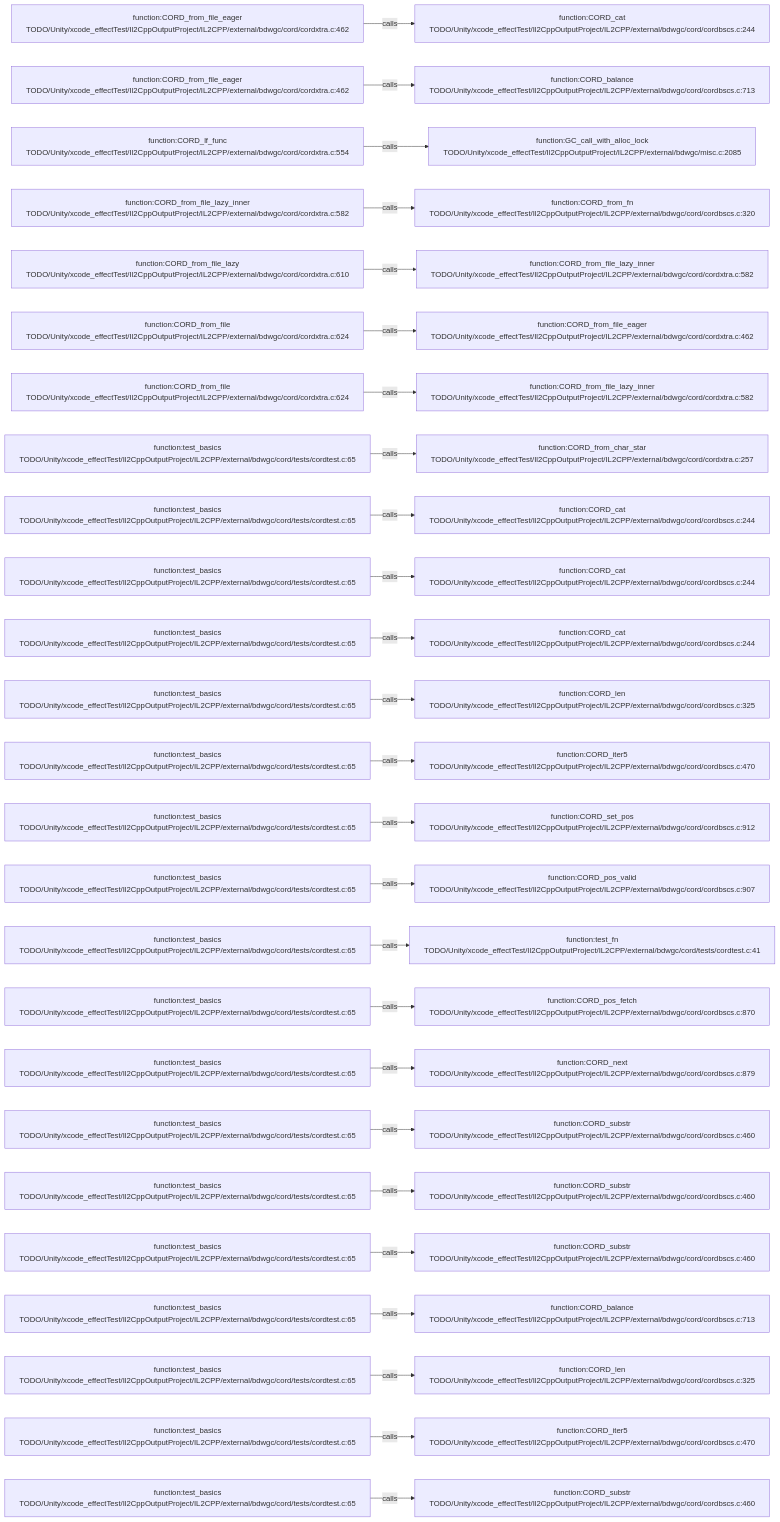
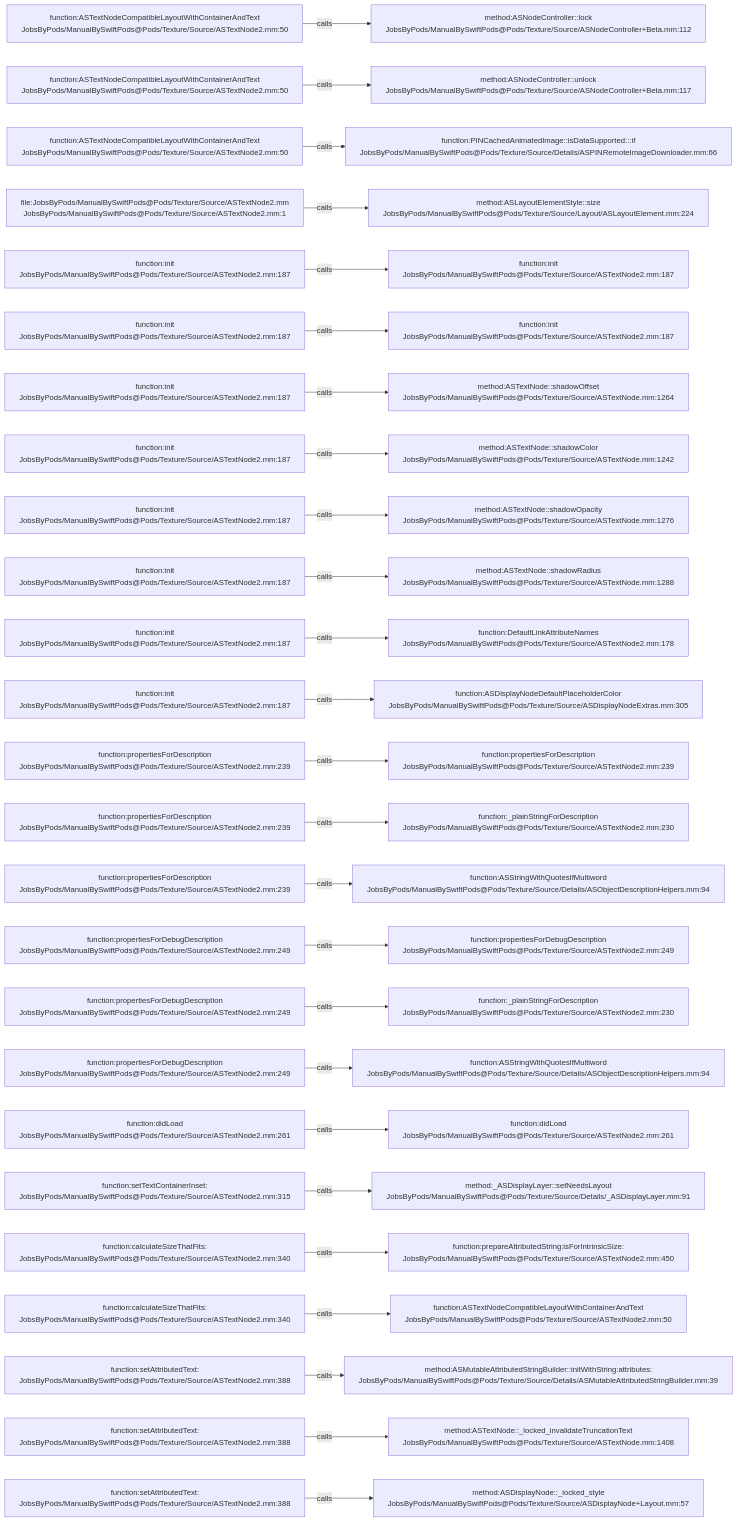
One commit to JobsKits/JobsSwiftBaseConfigDemo changed the diagram in .codegraph/codegraph.md/graphs/calls-089.md. Above: the diagram before and after it, drawn with Mermaid. The commit also changed 2959 other files, not shown here.

````diff
--- a/.codegraph/codegraph.md/graphs/calls-089.md
+++ b/.codegraph/codegraph.md/graphs/calls-089.md
@@ -13,78 +13,78 @@
 ```mermaid
 flowchart LR
-  S1["function:CORD_from_file_eager<br/>TODO/Unity/xcode_effectTest/Il2CppOutputProject/IL2CPP/external/bdwgc/cord/cordxtra.c:462"]
-  T1["function:CORD_cat<br/>TODO/Unity/xcode_effectTest/Il2CppOutputProject/IL2CPP/external/bdwgc/cord/cordbscs.c:244"]
+  S1["function:ASTextNodeCompatibleLayoutWithContainerAndText<br/>JobsByPods/ManualBySwiftPods@Pods/Texture/Source/ASTextNode2.mm:50"]
+  T1["method:ASNodeController::lock<br/>JobsByPods/ManualBySwiftPods@Pods/Texture/Source/ASNodeController+Beta.mm:112"]
   S1 -->|calls| T1
-  S2["function:CORD_from_file_eager<br/>TODO/Unity/xcode_effectTest/Il2CppOutputProject/IL2CPP/external/bdwgc/cord/cordxtra.c:462"]
-  T2["function:CORD_balance<br/>TODO/Unity/xcode_effectTest/Il2CppOutputProject/IL2CPP/external/bdwgc/cord/cordbscs.c:713"]
+  S2["function:ASTextNodeCompatibleLayoutWithContainerAndText<br/>JobsByPods/ManualBySwiftPods@Pods/Texture/Source/ASTextNode2.mm:50"]
+  T2["method:ASNodeController::unlock<br/>JobsByPods/ManualBySwiftPods@Pods/Texture/Source/ASNodeController+Beta.mm:117"]
   S2 -->|calls| T2
-  S3["function:CORD_lf_func<br/>TODO/Unity/xcode_effectTest/Il2CppOutputProject/IL2CPP/external/bdwgc/cord/cordxtra.c:554"]
-  T3["function:GC_call_with_alloc_lock<br/>TODO/Unity/xcode_effectTest/Il2CppOutputProject/IL2CPP/external/bdwgc/misc.c:2085"]
+  S3["function:ASTextNodeCompatibleLayoutWithContainerAndText<br/>JobsByPods/ManualBySwiftPods@Pods/Texture/Source/ASTextNode2.mm:50"]
+  T3["function:PINCachedAnimatedImage::isDataSupported:::if<br/>JobsByPods/ManualBySwiftPods@Pods/Texture/Source/Details/ASPINRemoteImageDownloader.mm:66"]
   S3 -->|calls| T3
-  S4["function:CORD_from_file_lazy_inner<br/>TODO/Unity/xcode_effectTest/Il2CppOutputProject/IL2CPP/external/bdwgc/cord/cordxtra.c:582"]
-  T4["function:CORD_from_fn<br/>TODO/Unity/xcode_effectTest/Il2CppOutputProject/IL2CPP/external/bdwgc/cord/cordbscs.c:320"]
+  S4["file:JobsByPods/ManualBySwiftPods@Pods/Texture/Source/ASTextNode2.mm<br/>JobsByPods/ManualBySwiftPods@Pods/Texture/Source/ASTextNode2.mm:1"]
+  T4["method:ASLayoutElementStyle::size<br/>JobsByPods/ManualBySwiftPods@Pods/Texture/Source/Layout/ASLayoutElement.mm:224"]
   S4 -->|calls| T4
-  S5["function:CORD_from_file_lazy<br/>TODO/Unity/xcode_effectTest/Il2CppOutputProject/IL2CPP/external/bdwgc/cord/cordxtra.c:610"]
-  T5["function:CORD_from_file_lazy_inner<br/>TODO/Unity/xcode_effectTest/Il2CppOutputProject/IL2CPP/external/bdwgc/cord/cordxtra.c:582"]
+  S5["function:init<br/>JobsByPods/ManualBySwiftPods@Pods/Texture/Source/ASTextNode2.mm:187"]
+  T5["function:init<br/>JobsByPods/ManualBySwiftPods@Pods/Texture/Source/ASTextNode2.mm:187"]
   S5 -->|calls| T5
-  S6["function:CORD_from_file<br/>TODO/Unity/xcode_effectTest/Il2CppOutputProject/IL2CPP/external/bdwgc/cord/cordxtra.c:624"]
-  T6["function:CORD_from_file_eager<br/>TODO/Unity/xcode_effectTest/Il2CppOutputProject/IL2CPP/external/bdwgc/cord/cordxtra.c:462"]
+  S6["function:init<br/>JobsByPods/ManualBySwiftPods@Pods/Texture/Source/ASTextNode2.mm:187"]
+  T6["function:init<br/>JobsByPods/ManualBySwiftPods@Pods/Texture/Source/ASTextNode2.mm:187"]
   S6 -->|calls| T6
-  S7["function:CORD_from_file<br/>TODO/Unity/xcode_effectTest/Il2CppOutputProject/IL2CPP/external/bdwgc/cord/cordxtra.c:624"]
-  T7["function:CORD_from_file_lazy_inner<br/>TODO/Unity/xcode_effectTest/Il2CppOutputProject/IL2CPP/external/bdwgc/cord/cordxtra.c:582"]
+  S7["function:init<br/>JobsByPods/ManualBySwiftPods@Pods/Texture/Source/ASTextNode2.mm:187"]
+  T7["method:ASTextNode::shadowOffset<br/>JobsByPods/ManualBySwiftPods@Pods/Texture/Source/ASTextNode.mm:1264"]
   S7 -->|calls| T7
-  S8["function:test_basics<br/>TODO/Unity/xcode_effectTest/Il2CppOutputProject/IL2CPP/external/bdwgc/cord/tests/cordtest.c:65"]
-  T8["function:CORD_from_char_star<br/>TODO/Unity/xcode_effectTest/Il2CppOutputProject/IL2CPP/external/bdwgc/cord/cordxtra.c:257"]
+  S8["function:init<br/>JobsByPods/ManualBySwiftPods@Pods/Texture/Source/ASTextNode2.mm:187"]
+  T8["method:ASTextNode::shadowColor<br/>JobsByPods/ManualBySwiftPods@Pods/Texture/Source/ASTextNode.mm:1242"]
   S8 -->|calls| T8
-  S9["function:test_basics<br/>TODO/Unity/xcode_effectTest/Il2CppOutputProject/IL2CPP/external/bdwgc/cord/tests/cordtest.c:65"]
-  T9["function:CORD_cat<br/>TODO/Unity/xcode_effectTest/Il2CppOutputProject/IL2CPP/external/bdwgc/cord/cordbscs.c:244"]
+  S9["function:init<br/>JobsByPods/ManualBySwiftPods@Pods/Texture/Source/ASTextNode2.mm:187"]
+  T9["method:ASTextNode::shadowOpacity<br/>JobsByPods/ManualBySwiftPods@Pods/Texture/Source/ASTextNode.mm:1276"]
   S9 -->|calls| T9
-  S10["function:test_basics<br/>TODO/Unity/xcode_effectTest/Il2CppOutputProject/IL2CPP/external/bdwgc/cord/tests/cordtest.c:65"]
-  T10["function:CORD_cat<br/>TODO/Unity/xcode_effectTest/Il2CppOutputProject/IL2CPP/external/bdwgc/cord/cordbscs.c:244"]
+  S10["function:init<br/>JobsByPods/ManualBySwiftPods@Pods/Texture/Source/ASTextNode2.mm:187"]
+  T10["method:ASTextNode::shadowRadius<br/>JobsByPods/ManualBySwiftPods@Pods/Texture/Source/ASTextNode.mm:1288"]
   S10 -->|calls| T10
-  S11["function:test_basics<br/>TODO/Unity/xcode_effectTest/Il2CppOutputProject/IL2CPP/external/bdwgc/cord/tests/cordtest.c:65"]
-  T11["function:CORD_cat<br/>TODO/Unity/xcode_effectTest/Il2CppOutputProject/IL2CPP/external/bdwgc/cord/cordbscs.c:244"]
+  S11["function:init<br/>JobsByPods/ManualBySwiftPods@Pods/Texture/Source/ASTextNode2.mm:187"]
+  T11["function:DefaultLinkAttributeNames<br/>JobsByPods/ManualBySwiftPods@Pods/Texture/Source/ASTextNode2.mm:178"]
   S11 -->|calls| T11
-  S12["function:test_basics<br/>TODO/Unity/xcode_effectTest/Il2CppOutputProject/IL2CPP/external/bdwgc/cord/tests/cordtest.c:65"]
-  T12["function:CORD_len<br/>TODO/Unity/xcode_effectTest/Il2CppOutputProject/IL2CPP/external/bdwgc/cord/cordbscs.c:325"]
+  S12["function:init<br/>JobsByPods/ManualBySwiftPods@Pods/Texture/Source/ASTextNode2.mm:187"]
+  T12["function:ASDisplayNodeDefaultPlaceholderColor<br/>JobsByPods/ManualBySwiftPods@Pods/Texture/Source/ASDisplayNodeExtras.mm:305"]
   S12 -->|calls| T12
-  S13["function:test_basics<br/>TODO/Unity/xcode_effectTest/Il2CppOutputProject/IL2CPP/external/bdwgc/cord/tests/cordtest.c:65"]
-  T13["function:CORD_iter5<br/>TODO/Unity/xcode_effectTest/Il2CppOutputProject/IL2CPP/external/bdwgc/cord/cordbscs.c:470"]
+  S13["function:propertiesForDescription<br/>JobsByPods/ManualBySwiftPods@Pods/Texture/Source/ASTextNode2.mm:239"]
+  T13["function:propertiesForDescription<br/>JobsByPods/ManualBySwiftPods@Pods/Texture/Source/ASTextNode2.mm:239"]
   S13 -->|calls| T13
-  S14["function:test_basics<br/>TODO/Unity/xcode_effectTest/Il2CppOutputProject/IL2CPP/external/bdwgc/cord/tests/cordtest.c:65"]
-  T14["function:CORD_set_pos<br/>TODO/Unity/xcode_effectTest/Il2CppOutputProject/IL2CPP/external/bdwgc/cord/cordbscs.c:912"]
+  S14["function:propertiesForDescription<br/>JobsByPods/ManualBySwiftPods@Pods/Texture/Source/ASTextNode2.mm:239"]
+  T14["function:_plainStringForDescription<br/>JobsByPods/ManualBySwiftPods@Pods/Texture/Source/ASTextNode2.mm:230"]
   S14 -->|calls| T14
-  S15["function:test_basics<br/>TODO/Unity/xcode_effectTest/Il2CppOutputProject/IL2CPP/external/bdwgc/cord/tests/cordtest.c:65"]
-  T15["function:CORD_pos_valid<br/>TODO/Unity/xcode_effectTest/Il2CppOutputProject/IL2CPP/external/bdwgc/cord/cordbscs.c:907"]
+  S15["function:propertiesForDescription<br/>JobsByPods/ManualBySwiftPods@Pods/Texture/Source/ASTextNode2.mm:239"]
+  T15["function:ASStringWithQuotesIfMultiword<br/>JobsByPods/ManualBySwiftPods@Pods/Texture/Source/Details/ASObjectDescriptionHelpers.mm:94"]
   S15 -->|calls| T15
-  S16["function:test_basics<br/>TODO/Unity/xcode_effectTest/Il2CppOutputProject/IL2CPP/external/bdwgc/cord/tests/cordtest.c:65"]
-  T16["function:test_fn<br/>TODO/Unity/xcode_effectTest/Il2CppOutputProject/IL2CPP/external/bdwgc/cord/tests/cordtest.c:41"]
+  S16["function:propertiesForDebugDescription<br/>JobsByPods/ManualBySwiftPods@Pods/Texture/Source/ASTextNode2.mm:249"]
+  T16["function:propertiesForDebugDescription<br/>JobsByPods/ManualBySwiftPods@Pods/Texture/Source/ASTextNode2.mm:249"]
   S16 -->|calls| T16
-  S17["function:test_basics<br/>TODO/Unity/xcode_effectTest/Il2CppOutputProject/IL2CPP/external/bdwgc/cord/tests/cordtest.c:65"]
-  T17["function:CORD_pos_fetch<br/>TODO/Unity/xcode_effectTest/Il2CppOutputProject/IL2CPP/external/bdwgc/cord/cordbscs.c:870"]
+  S17["function:propertiesForDebugDescription<br/>JobsByPods/ManualBySwiftPods@Pods/Texture/Source/ASTextNode2.mm:249"]
+  T17["function:_plainStringForDescription<br/>JobsByPods/ManualBySwiftPods@Pods/Texture/Source/ASTextNode2.mm:230"]
   S17 -->|calls| T17
-  S18["function:test_basics<br/>TODO/Unity/xcode_effectTest/Il2CppOutputProject/IL2CPP/external/bdwgc/cord/tests/cordtest.c:65"]
-  T18["function:CORD_next<br/>TODO/Unity/xcode_effectTest/Il2CppOutputProject/IL2CPP/external/bdwgc/cord/cordbscs.c:879"]
+  S18["function:propertiesForDebugDescription<br/>JobsByPods/ManualBySwiftPods@Pods/Texture/Source/ASTextNode2.mm:249"]
+  T18["function:ASStringWithQuotesIfMultiword<br/>JobsByPods/ManualBySwiftPods@Pods/Texture/Source/Details/ASObjectDescriptionHelpers.mm:94"]
   S18 -->|calls| T18
-  S19["function:test_basics<br/>TODO/Unity/xcode_effectTest/Il2CppOutputProject/IL2CPP/external/bdwgc/cord/tests/cordtest.c:65"]
-  T19["function:CORD_substr<br/>TODO/Unity/xcode_effectTest/Il2CppOutputProject/IL2CPP/external/bdwgc/cord/cordbscs.c:460"]
+  S19["function:didLoad<br/>JobsByPods/ManualBySwiftPods@Pods/Texture/Source/ASTextNode2.mm:261"]
+  T19["function:didLoad<br/>JobsByPods/ManualBySwiftPods@Pods/Texture/Source/ASTextNode2.mm:261"]
   S19 -->|calls| T19
-  S20["function:test_basics<br/>TODO/Unity/xcode_effectTest/Il2CppOutputProject/IL2CPP/external/bdwgc/cord/tests/cordtest.c:65"]
-  T20["function:CORD_substr<br/>TODO/Unity/xcode_effectTest/Il2CppOutputProject/IL2CPP/external/bdwgc/cord/cordbscs.c:460"]
+  S20["function:setTextContainerInset:<br/>JobsByPods/ManualBySwiftPods@Pods/Texture/Source/ASTextNode2.mm:315"]
+  T20["method:_ASDisplayLayer::setNeedsLayout<br/>JobsByPods/ManualBySwiftPods@Pods/Texture/Source/Details/_ASDisplayLayer.mm:91"]
   S20 -->|calls| T20
-  S21["function:test_basics<br/>TODO/Unity/xcode_effectTest/Il2CppOutputProject/IL2CPP/external/bdwgc/cord/tests/cordtest.c:65"]
-  T21["function:CORD_substr<br/>TODO/Unity/xcode_effectTest/Il2CppOutputProject/IL2CPP/external/bdwgc/cord/cordbscs.c:460"]
+  S21["function:calculateSizeThatFits:<br/>JobsByPods/ManualBySwiftPods@Pods/Texture/Source/ASTextNode2.mm:340"]
+  T21["function:prepareAttributedString:isForIntrinsicSize:<br/>JobsByPods/ManualBySwiftPods@Pods/Texture/Source/ASTextNode2.mm:450"]
   S21 -->|calls| T21
-  S22["function:test_basics<br/>TODO/Unity/xcode_effectTest/Il2CppOutputProject/IL2CPP/external/bdwgc/cord/tests/cordtest.c:65"]
-  T22["function:CORD_balance<br/>TODO/Unity/xcode_effectTest/Il2CppOutputProject/IL2CPP/external/bdwgc/cord/cordbscs.c:713"]
+  S22["function:calculateSizeThatFits:<br/>JobsByPods/ManualBySwiftPods@Pods/Texture/Source/ASTextNode2.mm:340"]
+  T22["function:ASTextNodeCompatibleLayoutWithContainerAndText<br/>JobsByPods/ManualBySwiftPods@Pods/Texture/Source/ASTextNode2.mm:50"]
   S22 -->|calls| T22
-  S23["function:test_basics<br/>TODO/Unity/xcode_effectTest/Il2CppOutputProject/IL2CPP/external/bdwgc/cord/tests/cordtest.c:65"]
-  T23["function:CORD_len<br/>TODO/Unity/xcode_effectTest/Il2CppOutputProject/IL2CPP/external/bdwgc/cord/cordbscs.c:325"]
+  S23["function:setAttributedText:<br/>JobsByPods/ManualBySwiftPods@Pods/Texture/Source/ASTextNode2.mm:388"]
+  T23["method:ASMutableAttributedStringBuilder::initWithString:attributes:<br/>JobsByPods/ManualBySwiftPods@Pods/Texture/Source/Details/ASMutableAttributedStringBuilder.mm:39"]
   S23 -->|calls| T23
-  S24["function:test_basics<br/>TODO/Unity/xcode_effectTest/Il2CppOutputProject/IL2CPP/external/bdwgc/cord/tests/cordtest.c:65"]
-  T24["function:CORD_iter5<br/>TODO/Unity/xcode_effectTest/Il2CppOutputProject/IL2CPP/external/bdwgc/cord/cordbscs.c:470"]
+  S24["function:setAttributedText:<br/>JobsByPods/ManualBySwiftPods@Pods/Texture/Source/ASTextNode2.mm:388"]
+  T24["method:ASTextNode::_locked_invalidateTruncationText<br/>JobsByPods/ManualBySwiftPods@Pods/Texture/Source/ASTextNode.mm:1408"]
   S24 -->|calls| T24
-  S25["function:test_basics<br/>TODO/Unity/xcode_effectTest/Il2CppOutputProject/IL2CPP/external/bdwgc/cord/tests/cordtest.c:65"]
-  T25["function:CORD_substr<br/>TODO/Unity/xcode_effectTest/Il2CppOutputProject/IL2CPP/external/bdwgc/cord/cordbscs.c:460"]
+  S25["function:setAttributedText:<br/>JobsByPods/ManualBySwiftPods@Pods/Texture/Source/ASTextNode2.mm:388"]
+  T25["method:ASDisplayNode::_locked_style<br/>JobsByPods/ManualBySwiftPods@Pods/Texture/Source/ASDisplayNode+Layout.mm:57"]
   S25 -->|calls| T25
 ```
````
